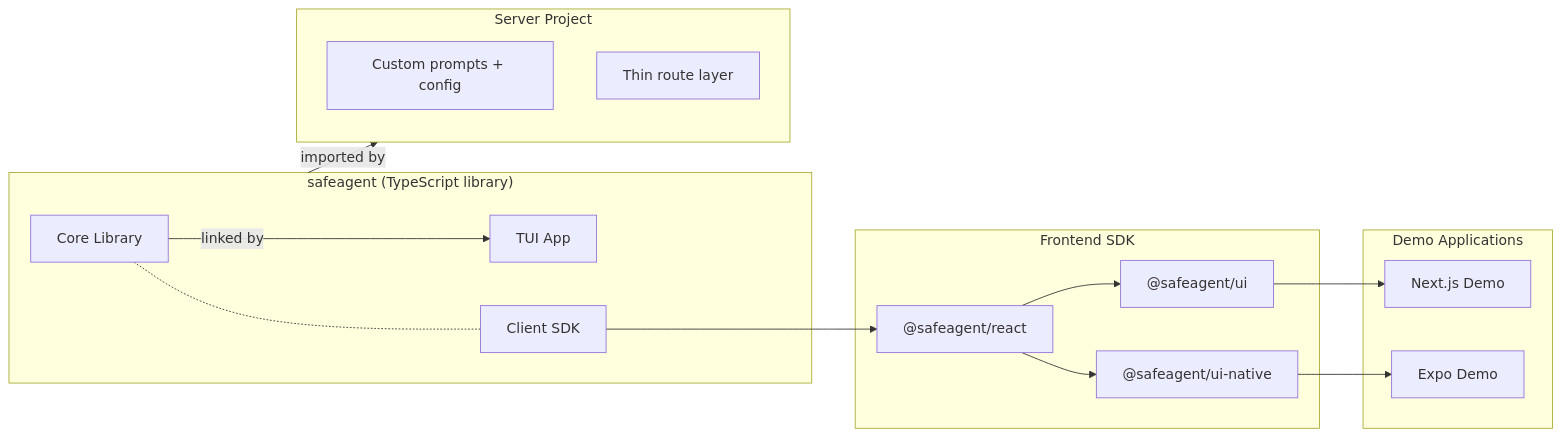
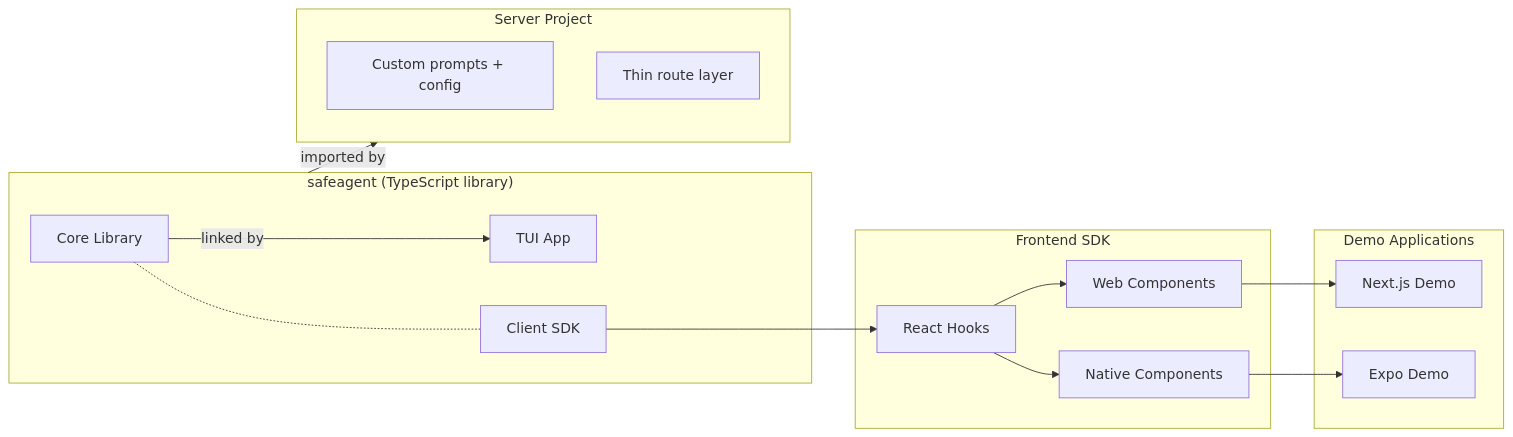
The third of 3 diagrams in plan/overview.md (1qh/safeagent), drawn with Mermaid before and after one commit. The commit also changed other lines of this file and 18 other files, not shown here.

````diff
--- a/plan/overview.md
+++ b/plan/overview.md
@@ -195,32 +195,32 @@
 ```mermaid
 graph LR
     subgraph SAFEAGENT_PACKAGE["safeagent (TypeScript library)"]
         CORE["Core Library"]
         TUI_PKG["TUI App"]
         CLIENT["Client SDK"]
     end
 
     subgraph FRONTEND_PACKAGES["Frontend SDK"]
-        REACT_HOOKS_PKG["@safeagent/react"]
-        WEB_UI_PKG["@safeagent/ui"]
-        NATIVE_UI_PKG["@safeagent/ui-native"]
+        REACT_HOOKS_PKG["React Hooks"]
+        WEB_UI_PKG["Web Components"]
+        NATIVE_UI_PKG["Native Components"]
     end
 
     subgraph DEMO_PACKAGES["Demo Applications"]
         WEB_DEMO_PKG["Next.js Demo"]
         MOBILE_DEMO_PKG["Expo Demo"]
     end
 
     subgraph SERVER_PACKAGE["Server Project"]
         SRV_CFG["Custom prompts + config"]
         SRV_ROUTES["Thin route layer"]
     end
 
     SAFEAGENT_PACKAGE -->|imported by| SERVER_PACKAGE
     CORE -->|linked by| TUI_PKG
     CORE -.- CLIENT
     CLIENT --> REACT_HOOKS_PKG
     REACT_HOOKS_PKG --> WEB_UI_PKG & NATIVE_UI_PKG
     WEB_UI_PKG --> WEB_DEMO_PKG
     NATIVE_UI_PKG --> MOBILE_DEMO_PKG
 ```
````
